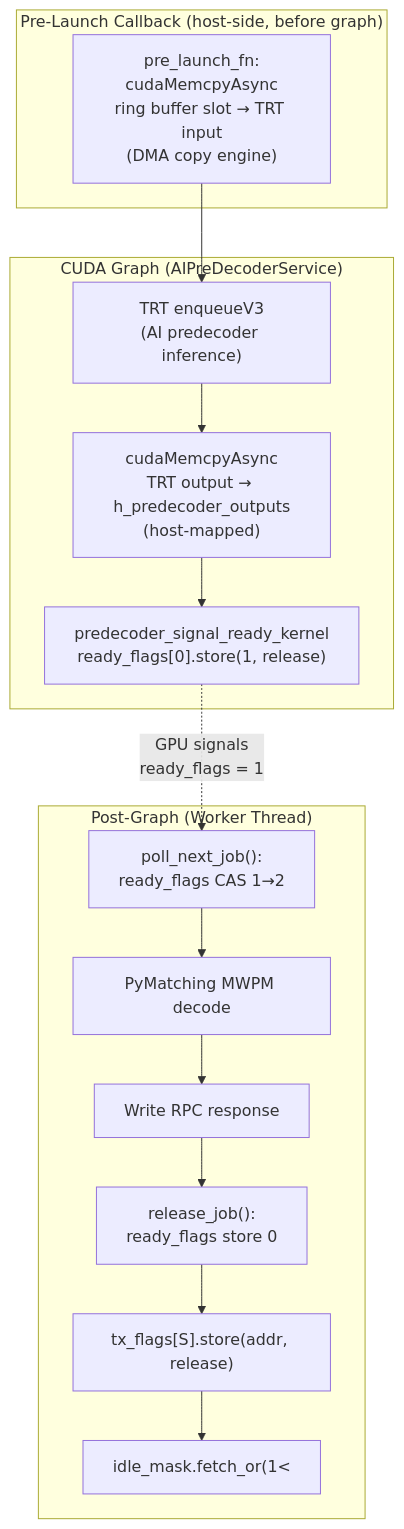
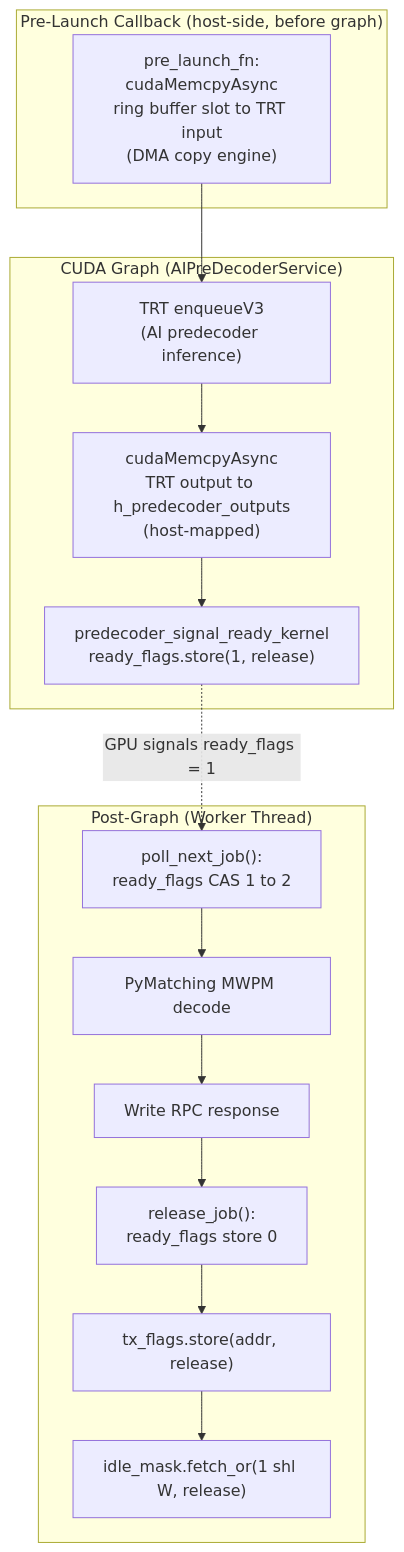
The fifth of 7 diagrams in docs/realtime_pipeline_architecture.md (wsttiger/cudaqx), drawn with Mermaid before and after one commit. The commit also changed other lines of this file, not shown here.

Commit message:
Fixed errors in mermaid diagram

````diff
--- a/docs/realtime_pipeline_architecture.md
+++ b/docs/realtime_pipeline_architecture.md
@@ -254,24 +263,24 @@
 ```mermaid
 flowchart TD
     subgraph "CUDA Graph (AIPreDecoderService)"
-        A["TRT enqueueV3\n(AI predecoder inference)"] --> B["cudaMemcpyAsync\nTRT output → h_predecoder_outputs\n(host-mapped)"]
-        B --> C["predecoder_signal_ready_kernel\nready_flags[0].store(1, release)"]
+        A["TRT enqueueV3<br>(AI predecoder inference)"] --> B["cudaMemcpyAsync<br>TRT output to h_predecoder_outputs<br>(host-mapped)"]
+        B --> C["predecoder_signal_ready_kernel<br>ready_flags.store(1, release)"]
     end
 
     subgraph "Pre-Launch Callback (host-side, before graph)"
-        P["pre_launch_fn:\ncudaMemcpyAsync\nring buffer slot → TRT input\n(DMA copy engine)"]
+        P["pre_launch_fn:<br>cudaMemcpyAsync<br>ring buffer slot to TRT input<br>(DMA copy engine)"]
     end
 
     subgraph "Post-Graph (Worker Thread)"
-        D["poll_next_job():\nready_flags CAS 1→2"]
+        D["poll_next_job():<br>ready_flags CAS 1 to 2"]
         E["PyMatching MWPM decode"]
         F["Write RPC response"]
-        G["release_job():\nready_flags store 0"]
-        H["tx_flags[S].store(addr, release)"]
-        I["idle_mask.fetch_or(1<<W, release)"]
+        G["release_job():<br>ready_flags store 0"]
+        H["tx_flags.store(addr, release)"]
+        I["idle_mask.fetch_or(1 shl W, release)"]
         D --> E --> F --> G --> H --> I
     end
 
     P --> A
-    C -.->|"GPU signals\nready_flags = 1"| D
+    C -.->|"GPU signals ready_flags = 1"| D
 ```
````
